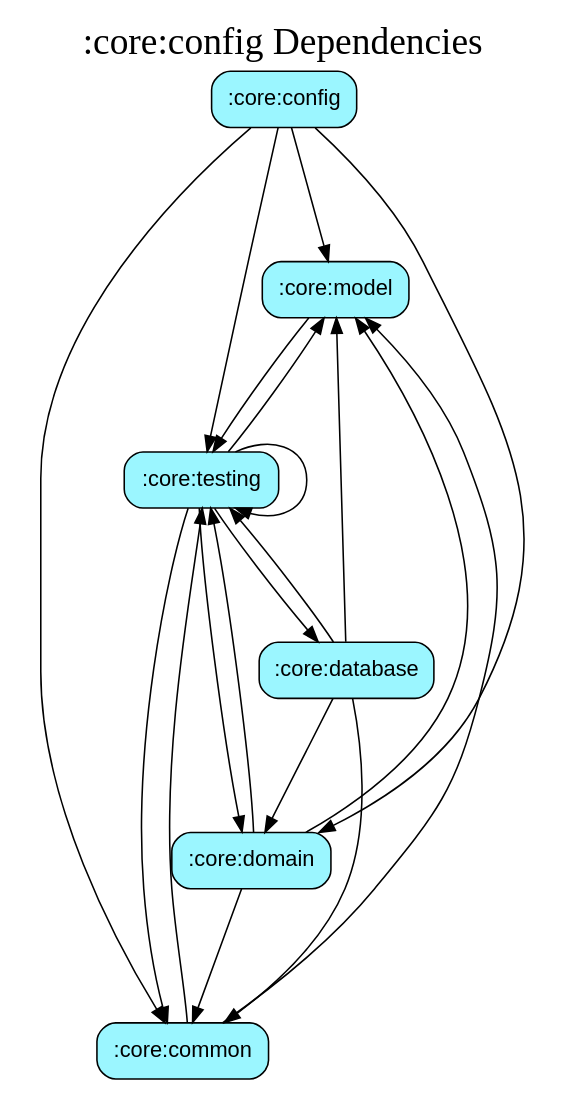
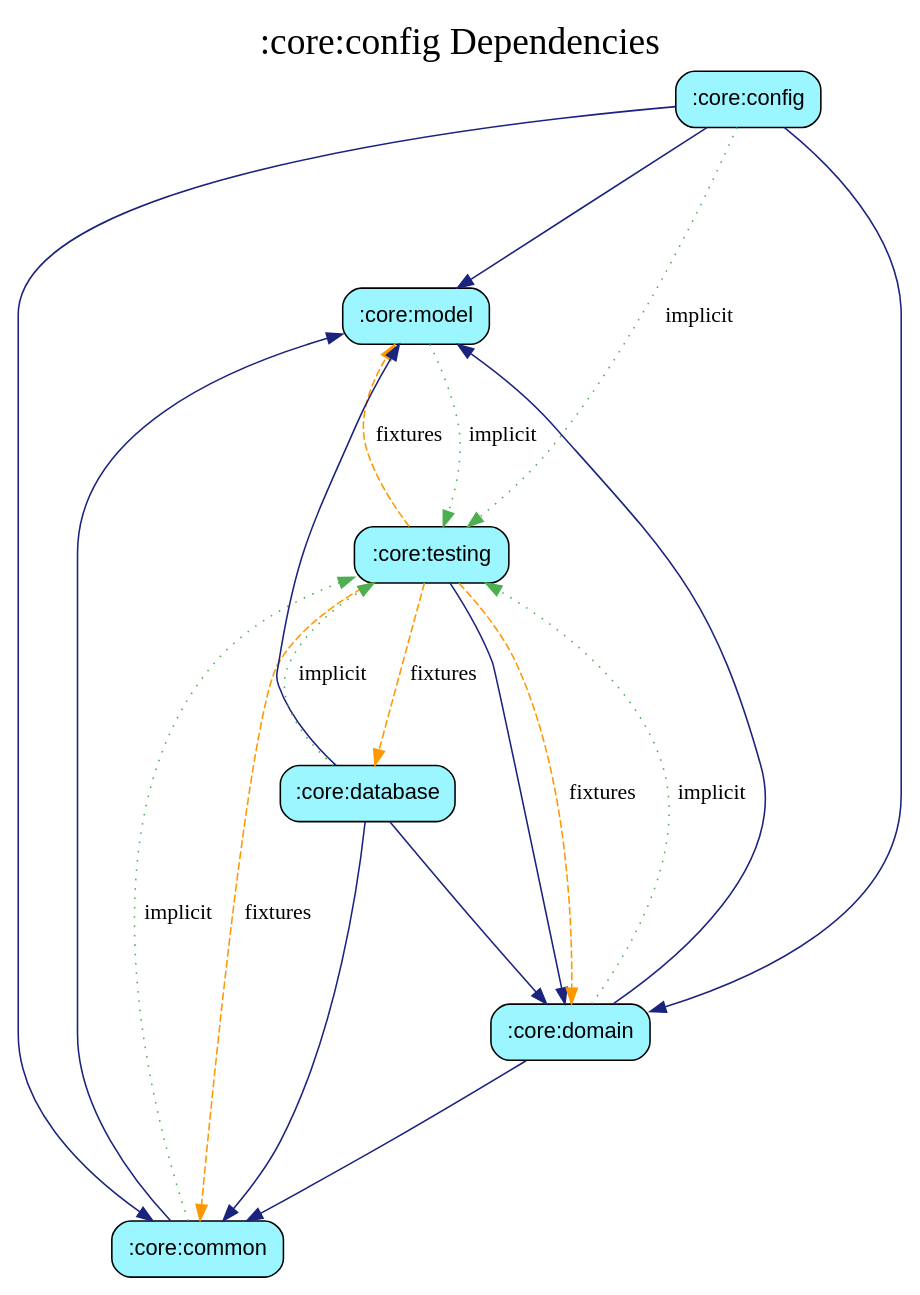
The diagram in core/config/module_graph.gv (harrykibet/RealEstateApp-Android), drawn with Graphviz before and after one commit. The commit also changed 91 other files, not shown here.

```diff
--- a/core/config/module_graph.gv
+++ b/core/config/module_graph.gv
@@ -1,29 +1,29 @@
 digraph {
-  graph [label=":core:config Dependencies", labelloc=t, fontsize=24, ranksep=1.2];
+  graph [label=":core:config Dependencies", labelloc=t, fontsize=24, ranksep=1.4];
   node [style=filled, fillcolor="#bbdefb", fontname="sans-serif", shape=box, style="rounded,filled"];
   ":core:config" [fillcolor="#9BF6FF"];
   ":core:model" [fillcolor="#9BF6FF"];
   ":core:testing" [fillcolor="#9BF6FF"];
   ":core:domain" [fillcolor="#9BF6FF"];
   ":core:common" [fillcolor="#9BF6FF"];
   ":core:database" [fillcolor="#9BF6FF"];
-  ":core:common" -> ":core:model"
-  ":core:common" -> ":core:testing"
-  ":core:config" -> ":core:model"
-  ":core:config" -> ":core:common"
-  ":core:config" -> ":core:domain"
-  ":core:config" -> ":core:testing"
-  ":core:domain" -> ":core:model"
-  ":core:domain" -> ":core:common"
-  ":core:domain" -> ":core:testing"
-  ":core:model" -> ":core:testing"
-  ":core:database" -> ":core:model"
-  ":core:database" -> ":core:domain"
-  ":core:database" -> ":core:common"
-  ":core:database" -> ":core:testing"
-  ":core:testing" -> ":core:domain"
-  ":core:testing" -> ":core:model"
-  ":core:testing" -> ":core:common"
-  ":core:testing" -> ":core:database"
-  ":core:testing" -> ":core:testing"
+  ":core:common" -> ":core:model" [color="#1A237E", style=solid]
+  ":core:common" -> ":core:testing" [color="#4CAF50", style=dotted, label="implicit"]
+  ":core:config" -> ":core:model" [color="#1A237E", style=solid]
+  ":core:config" -> ":core:common" [color="#1A237E", style=solid]
+  ":core:config" -> ":core:domain" [color="#1A237E", style=solid]
+  ":core:config" -> ":core:testing" [color="#4CAF50", style=dotted, label="implicit"]
+  ":core:domain" -> ":core:model" [color="#1A237E", style=solid]
+  ":core:domain" -> ":core:common" [color="#1A237E", style=solid]
+  ":core:domain" -> ":core:testing" [color="#4CAF50", style=dotted, label="implicit"]
+  ":core:model" -> ":core:testing" [color="#4CAF50", style=dotted, label="implicit"]
+  ":core:database" -> ":core:model" [color="#1A237E", style=solid]
+  ":core:database" -> ":core:domain" [color="#1A237E", style=solid]
+  ":core:database" -> ":core:common" [color="#1A237E", style=solid]
+  ":core:database" -> ":core:testing" [color="#4CAF50", style=dotted, label="implicit"]
+  ":core:testing" -> ":core:domain" [color="#1A237E", style=solid]
+  ":core:testing" -> ":core:model" [color="#FF9800", style=dashed, label="fixtures"]
+  ":core:testing" -> ":core:common" [color="#FF9800", style=dashed, label="fixtures"]
+  ":core:testing" -> ":core:domain" [color="#FF9800", style=dashed, label="fixtures"]
+  ":core:testing" -> ":core:database" [color="#FF9800", style=dashed, label="fixtures"]
 }
```
